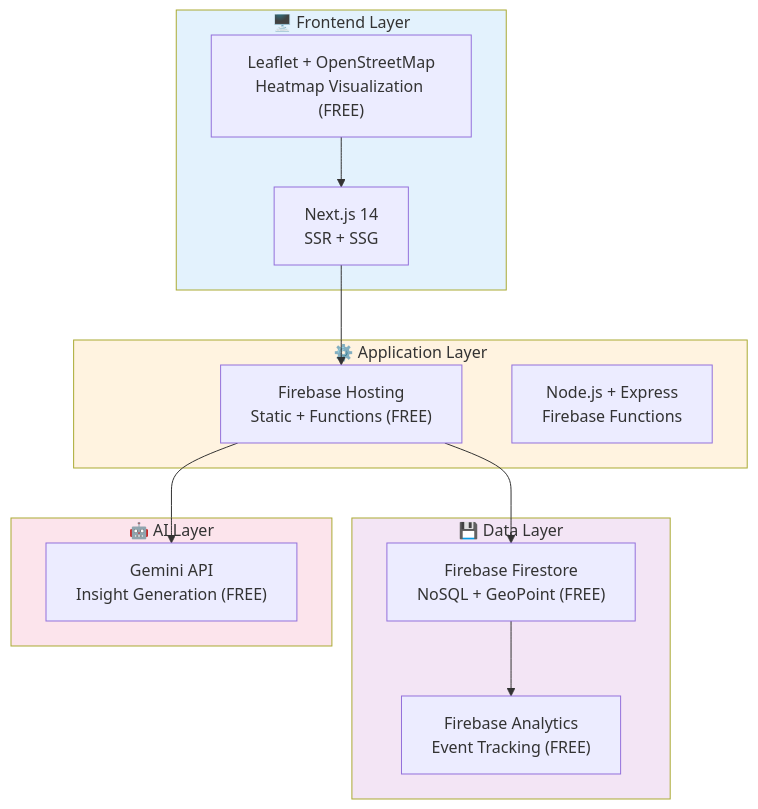
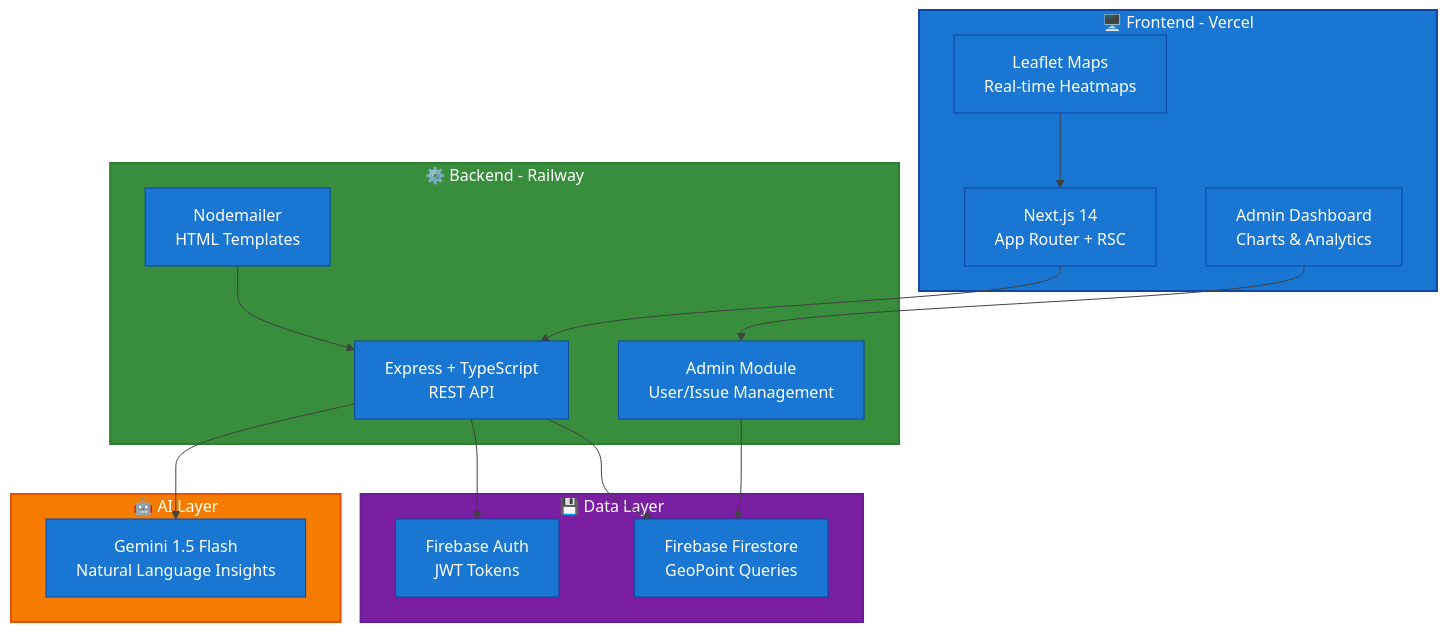
One commit to deepaksoni47/CIIS changed the first of 2 diagrams in README.md. Above: the diagram before and after it, drawn with Mermaid. The commit also changed other lines of this file and 61 other files, not shown here.

````diff
--- a/README.md
+++ b/README.md
@@ -350,32 +337,38 @@
 ```mermaid
+%%{init: {'theme':'base', 'themeVariables': { 'primaryColor':'#1976d2','primaryTextColor':'#fff','primaryBorderColor':'#0d47a1','lineColor':'#424242','secondaryColor':'#388e3c','tertiaryColor':'#f57c00','noteBkgColor':'#fff9c4','noteTextColor':'#000'}}}%%
 graph TB
-    subgraph Frontend["🖥️ Frontend Layer"]
-        NextJS["Next.js 14<br/>SSR + SSG"]
-        Leaflet["Leaflet + OpenStreetMap<br/>Heatmap Visualization (FREE)"]
+    subgraph Frontend["🖥️ Frontend - Vercel"]
+        NextJS["Next.js 14<br/>App Router + RSC"]
+        Leaflet["Leaflet Maps<br/>Real-time Heatmaps"]
+        AdminUI["Admin Dashboard<br/>Charts & Analytics"]
     end
 
-    subgraph Backend["⚙️ Application Layer"]
-        FirebaseHosting["Firebase Hosting<br/>Static + Functions (FREE)"]
-        Express["Node.js + Express<br/>Firebase Functions"]
+    subgraph Backend["⚙️ Backend - Railway"]
+        Express["Express + TypeScript<br/>REST API"]
+        AdminModule["Admin Module<br/>User/Issue Management"]
+        EmailService["Nodemailer<br/>HTML Templates"]
     end
 
     subgraph Data["💾 Data Layer"]
-        Firestore["Firebase Firestore<br/>NoSQL + GeoPoint (FREE)"]
-        FirebaseAnalytics["Firebase Analytics<br/>Event Tracking (FREE)"]
+        Firestore["Firebase Firestore<br/>GeoPoint Queries"]
+        FirebaseAuth["Firebase Auth<br/>JWT Tokens"]
     end
 
     subgraph AI["🤖 AI Layer"]
-        Gemini["Gemini API<br/>Insight Generation (FREE)"]
+        Gemini["Gemini 1.5 Flash<br/>Natural Language Insights"]
     end
 
-    NextJS --> FirebaseHosting
+    NextJS --> Express
     Leaflet --> NextJS
-    FirebaseHosting --> Firestore
-    FirebaseHosting --> Gemini
-    Firestore --> FirebaseAnalytics
+    AdminUI --> AdminModule
+    Express --> Firestore
+    Express --> FirebaseAuth
+    Express --> Gemini
+    EmailService --> Express
+    AdminModule --> Firestore
 
-    style Frontend fill:#e3f2fd
-    style Backend fill:#fff3e0
-    style Data fill:#f3e5f5
-    style AI fill:#fce4ec
+    style Frontend fill:#1976d2,stroke:#0d47a1,stroke-width:2px,color:#fff
+    style Backend fill:#388e3c,stroke:#2e7d32,stroke-width:2px,color:#fff
+    style Data fill:#7b1fa2,stroke:#6a1b9a,stroke-width:2px,color:#fff
+    style AI fill:#f57c00,stroke:#e65100,stroke-width:2px,color:#fff
 ```
````
